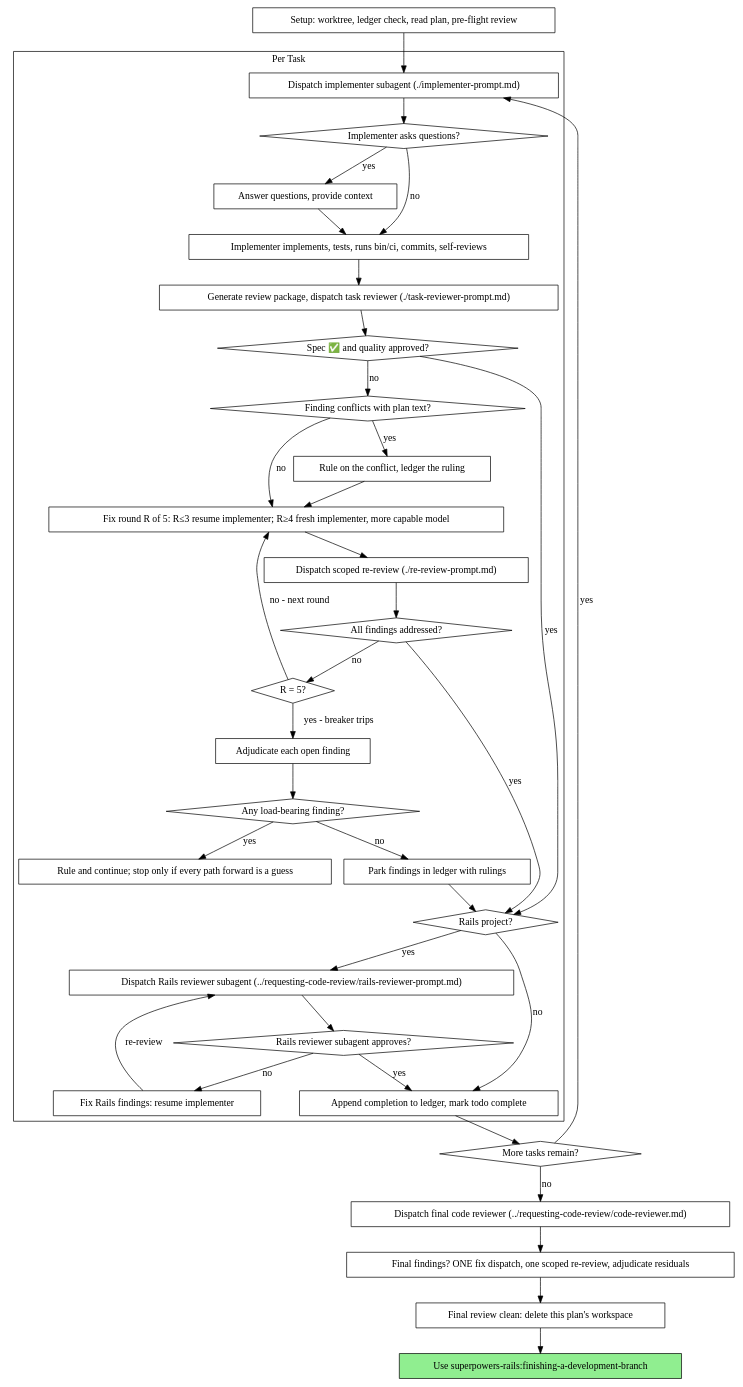
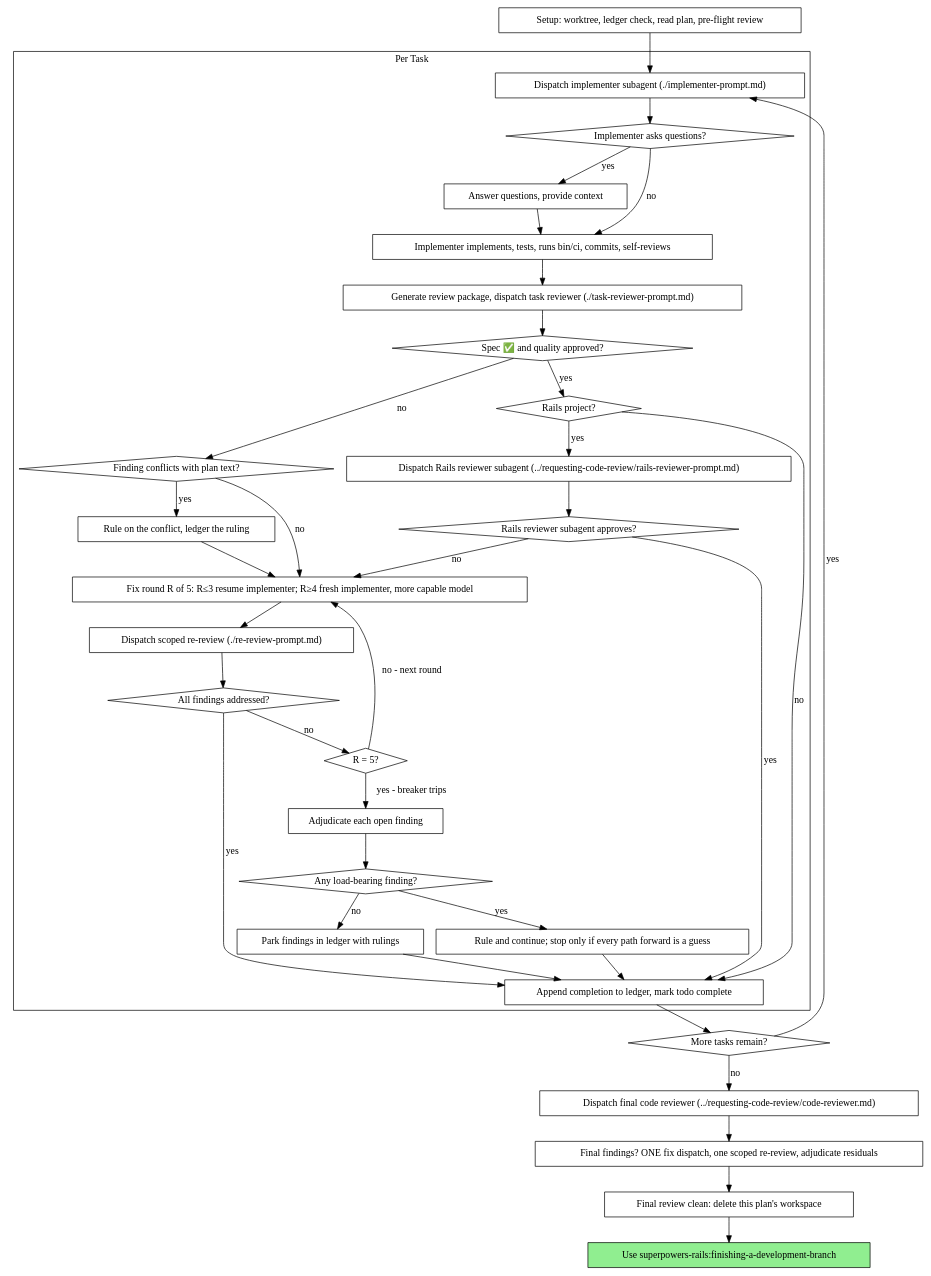
One commit to fryga-io/superpowers-rails changed the second of 2 diagrams in skills/subagent-driven-development/SKILL.md. Above: the diagram before and after it, drawn with Graphviz. The commit also changed other lines of this file and 5 other files, not shown here.

````diff
--- a/skills/subagent-driven-development/SKILL.md
+++ b/skills/subagent-driven-development/SKILL.md
@@ -61,72 +61,71 @@
 ```dot
 digraph process {
     rankdir=TB;
 
     subgraph cluster_per_task {
         label="Per Task";
         "Dispatch implementer subagent (./implementer-prompt.md)" [shape=box];
         "Implementer asks questions?" [shape=diamond];
         "Answer questions, provide context" [shape=box];
         "Implementer implements, tests, runs bin/ci, commits, self-reviews" [shape=box];
         "Generate review package, dispatch task reviewer (./task-reviewer-prompt.md)" [shape=box];
         "Spec ✅ and quality approved?" [shape=diamond];
         "Finding conflicts with plan text?" [shape=diamond];
         "Rule on the conflict, ledger the ruling" [shape=box];
         "Fix round R of 5: R≤3 resume implementer; R≥4 fresh implementer, more capable model" [shape=box];
         "Dispatch scoped re-review (./re-review-prompt.md)" [shape=box];
         "All findings addressed?" [shape=diamond];
         "R = 5?" [shape=diamond];
         "Adjudicate each open finding" [shape=box];
         "Any load-bearing finding?" [shape=diamond];
         "Rule and continue; stop only if every path forward is a guess" [shape=box];
         "Park findings in ledger with rulings" [shape=box];
         "Rails project?" [shape=diamond];
         "Dispatch Rails reviewer subagent (../requesting-code-review/rails-reviewer-prompt.md)" [shape=box];
         "Rails reviewer subagent approves?" [shape=diamond];
-        "Fix Rails findings: resume implementer" [shape=box];
         "Append completion to ledger, mark todo complete" [shape=box];
     }
 
     "Setup: worktree, ledger check, read plan, pre-flight review" [shape=box];
     "More tasks remain?" [shape=diamond];
     "Dispatch final code reviewer (../requesting-code-review/code-reviewer.md)" [shape=box];
     "Final findings? ONE fix dispatch, one scoped re-review, adjudicate residuals" [shape=box];
     "Final review clean: delete this plan's workspace" [shape=box];
     "Use superpowers-rails:finishing-a-development-branch" [shape=box style=filled fillcolor=lightgreen];
 
     "Setup: worktree, ledger check, read plan, pre-flight review" -> "Dispatch implementer subagent (./implementer-prompt.md)";
     "Dispatch implementer subagent (./implementer-prompt.md)" -> "Implementer asks questions?";
     "Implementer asks questions?" -> "Answer questions, provide context" [label="yes"];
     "Answer questions, provide context" -> "Implementer implements, tests, runs bin/ci, commits, self-reviews";
     "Implementer asks questions?" -> "Implementer implements, tests, runs bin/ci, commits, self-reviews" [label="no"];
     "Implementer implements, tests, runs bin/ci, commits, self-reviews" -> "Generate review package, dispatch task reviewer (./task-reviewer-prompt.md)";
     "Generate review package, dispatch task reviewer (./task-reviewer-prompt.md)" -> "Spec ✅ and quality approved?";
     "Spec ✅ and quality approved?" -> "Rails project?" [label="yes"];
     "Spec ✅ and quality approved?" -> "Finding conflicts with plan text?" [label="no"];
     "Finding conflicts with plan text?" -> "Rule on the conflict, ledger the ruling" [label="yes"];
     "Rule on the conflict, ledger the ruling" -> "Fix round R of 5: R≤3 resume implementer; R≥4 fresh implementer, more capable model";
     "Finding conflicts with plan text?" -> "Fix round R of 5: R≤3 resume implementer; R≥4 fresh implementer, more capable model" [label="no"];
     "Fix round R of 5: R≤3 resume implementer; R≥4 fresh implementer, more capable model" -> "Dispatch scoped re-review (./re-review-prompt.md)";
     "Dispatch scoped re-review (./re-review-prompt.md)" -> "All findings addressed?";
-    "All findings addressed?" -> "Rails project?" [label="yes"];
+    "All findings addressed?" -> "Append completion to ledger, mark todo complete" [label="yes"];
     "All findings addressed?" -> "R = 5?" [label="no"];
     "R = 5?" -> "Fix round R of 5: R≤3 resume implementer; R≥4 fresh implementer, more capable model" [label="no - next round"];
     "R = 5?" -> "Adjudicate each open finding" [label="yes - breaker trips"];
     "Adjudicate each open finding" -> "Any load-bearing finding?";
     "Any load-bearing finding?" -> "Rule and continue; stop only if every path forward is a guess" [label="yes"];
+    "Rule and continue; stop only if every path forward is a guess" -> "Append completion to ledger, mark todo complete";
     "Any load-bearing finding?" -> "Park findings in ledger with rulings" [label="no"];
-    "Park findings in ledger with rulings" -> "Rails project?";
+    "Park findings in ledger with rulings" -> "Append completion to ledger, mark todo complete";
     "Rails project?" -> "Dispatch Rails reviewer subagent (../requesting-code-review/rails-reviewer-prompt.md)" [label="yes"];
     "Rails project?" -> "Append completion to ledger, mark todo complete" [label="no"];
     "Dispatch Rails reviewer subagent (../requesting-code-review/rails-reviewer-prompt.md)" -> "Rails reviewer subagent approves?";
-    "Rails reviewer subagent approves?" -> "Fix Rails findings: resume implementer" [label="no"];
-    "Fix Rails findings: resume implementer" -> "Dispatch Rails reviewer subagent (../requesting-code-review/rails-reviewer-prompt.md)" [label="re-review"];
+    "Rails reviewer subagent approves?" -> "Fix round R of 5: R≤3 resume implementer; R≥4 fresh implementer, more capable model" [label="no"];
     "Rails reviewer subagent approves?" -> "Append completion to ledger, mark todo complete" [label="yes"];
     "Append completion to ledger, mark todo complete" -> "More tasks remain?";
     "More tasks remain?" -> "Dispatch implementer subagent (./implementer-prompt.md)" [label="yes"];
     "More tasks remain?" -> "Dispatch final code reviewer (../requesting-code-review/code-reviewer.md)" [label="no"];
     "Dispatch final code reviewer (../requesting-code-review/code-reviewer.md)" -> "Final findings? ONE fix dispatch, one scoped re-review, adjudicate residuals";
     "Final findings? ONE fix dispatch, one scoped re-review, adjudicate residuals" -> "Final review clean: delete this plan's workspace";
     "Final review clean: delete this plan's workspace" -> "Use superpowers-rails:finishing-a-development-branch";
 }
 ```
````
